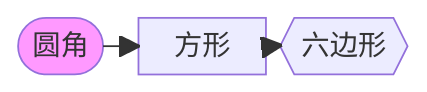
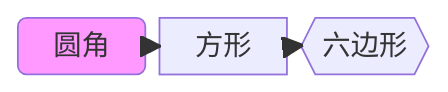
Before and after one commit to xinetzone/SpecWeave: the seventh of 11 diagrams in .agents/docs/knowledge/learning/04-docs-markup-tooling/mermaid-wiki/06-advanced-diagrams.md, drawn with Mermaid. The commit also changed other lines of this file and 4 other files, not shown here.

Commit message:
docs(mermaid): 修复mermaid-wiki语法错误，沉淀引号规则清单 [prevent: rule-update]

````diff
--- a/.agents/docs/knowledge/learning/04-docs-markup-tooling/mermaid-wiki/06-advanced-diagrams.md
+++ b/.agents/docs/knowledge/learning/04-docs-markup-tooling/mermaid-wiki/06-advanced-diagrams.md
@@ -179,6 +179,6 @@
 ```mermaid
 block
-    A(["圆角"]) --> B["方形"]
+    A("圆角") --> B["方形"]
     B --> C{{"六边形"}}
     style A fill:#f9f
 ```
````
